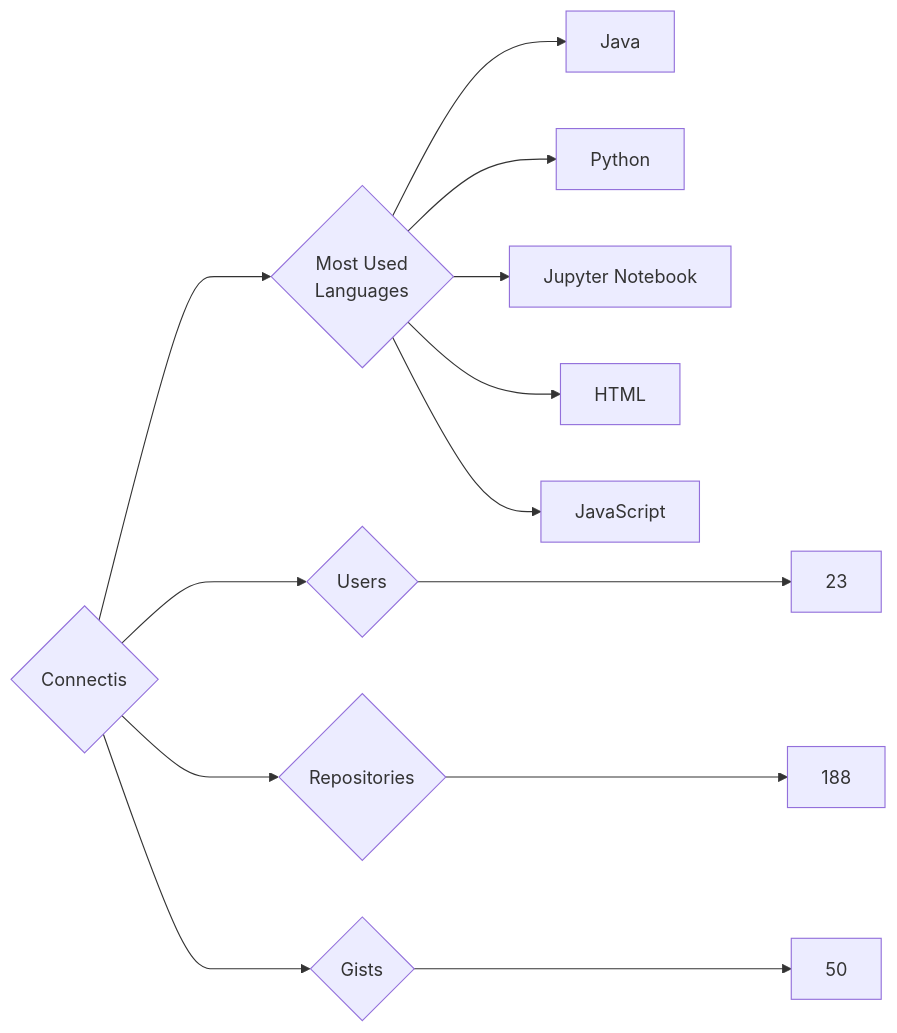
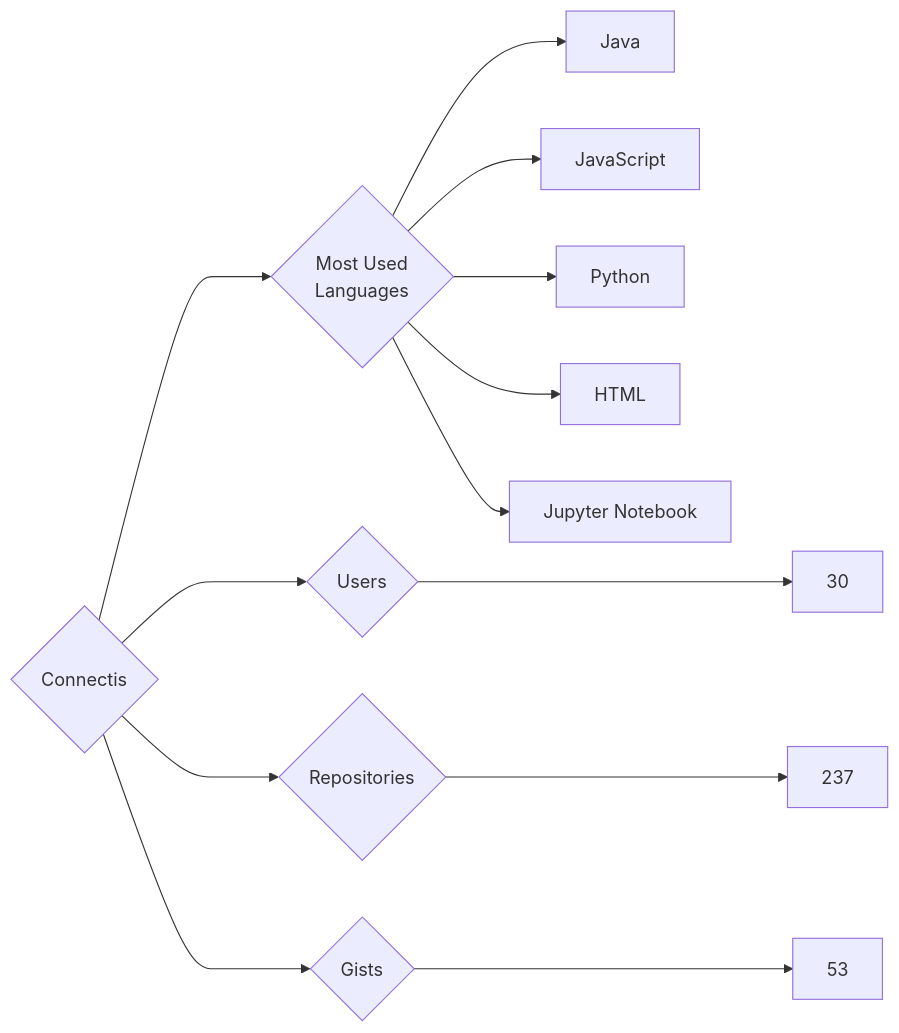
The diagram in targets/Connectis/README.md (trickest/insiders), drawn with Mermaid before and after one commit. The commit also changed 757 other files, not shown here.

````diff
--- a/targets/Connectis/README.md
+++ b/targets/Connectis/README.md
@@ -3,13 +3,13 @@
 ```mermaid
 graph LR
 COMPANY_NAME{Connectis}
-COMPANY_NAME ---> U{Users} ---> UN[23]
-COMPANY_NAME ---> R{Repositories} ---> RN[188]
-COMPANY_NAME ---> G{Gists} ---> GN[50]
+COMPANY_NAME ---> U{Users} ---> UN[30]
+COMPANY_NAME ---> R{Repositories} ---> RN[237]
+COMPANY_NAME ---> G{Gists} ---> GN[53]
 COMPANY_NAME ---> ML{Most Used<br>Languages}
 ML --> Java[Java]
+ML --> JavaScript[JavaScript]
 ML --> Python[Python]
+ML --> HTML[HTML]
 ML --> Jupyter_Notebook[Jupyter Notebook]
-ML --> HTML[HTML]
-ML --> JavaScript[JavaScript]
 ```
````
